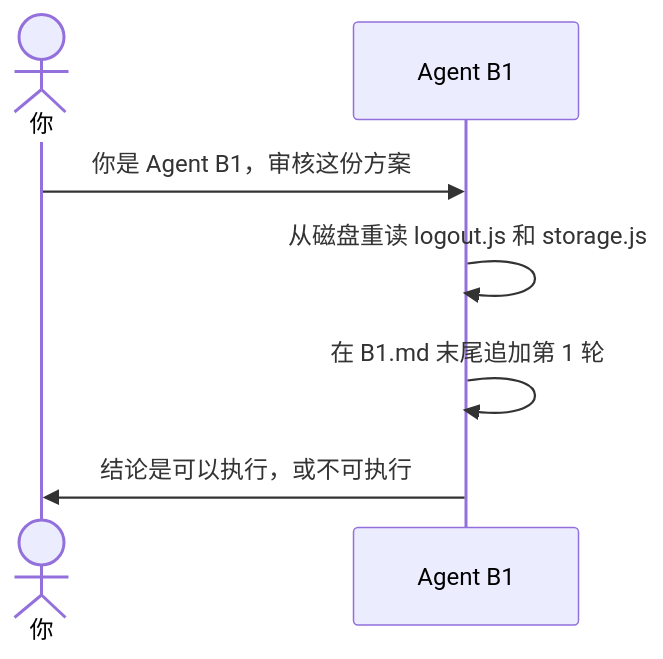
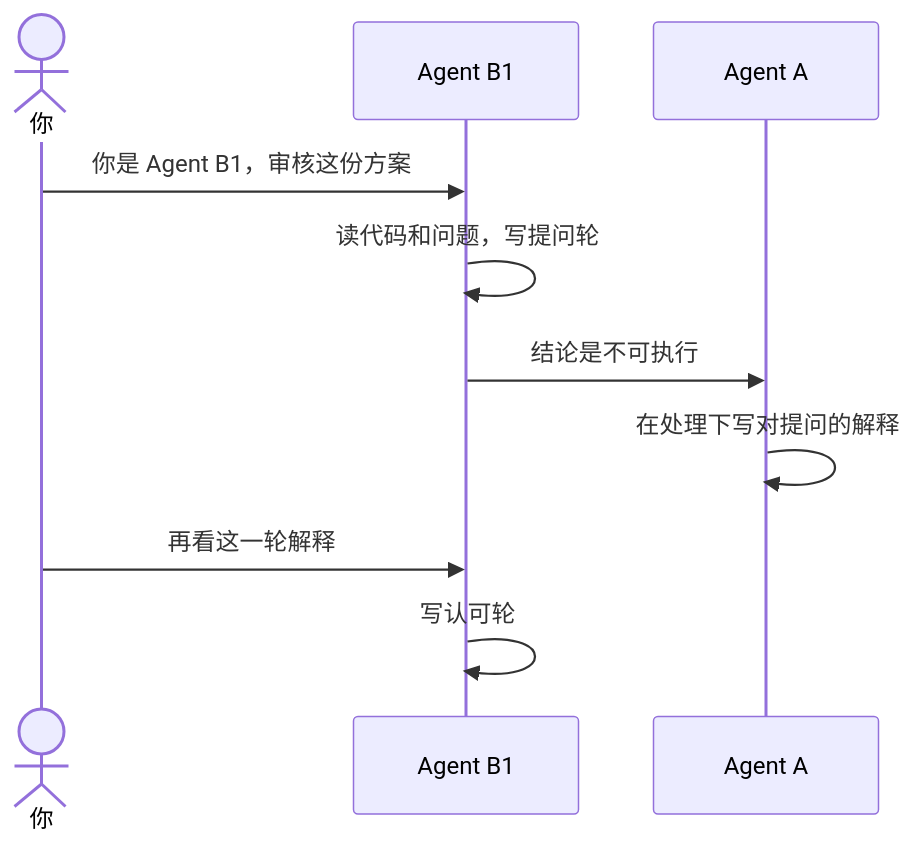
Before and after one commit to qiusuo0226/codeplan-multireview: the diagram in examples/04-你是AgentB.md, drawn with Mermaid. The commit also changed other lines of this file and 43 other files, not shown here.

````diff
--- a/examples/04-你是AgentB.md
+++ b/examples/04-你是AgentB.md
@@ -11,10 +11,13 @@
 ```mermaid
 sequenceDiagram
     actor You as 你
-    participant AI as Agent B1
+    participant B as Agent B1
+    participant A as Agent A
 
-    You->>AI: 你是 Agent B1，审核这份方案
-    AI->>AI: 从磁盘重读 logout.js 和 storage.js
-    AI->>AI: 在 B1.md 末尾追加第 1 轮
-    AI->>You: 结论是可以执行，或不可执行
+    You->>B: 你是 Agent B1，审核这份方案
+    B->>B: 读代码和问题，写提问轮
+    B->>A: 结论是不可执行
+    A->>A: 在处理下写对提问的解释
+    You->>B: 再看这一轮解释
+    B->>B: 写认可轮
 ```
````
